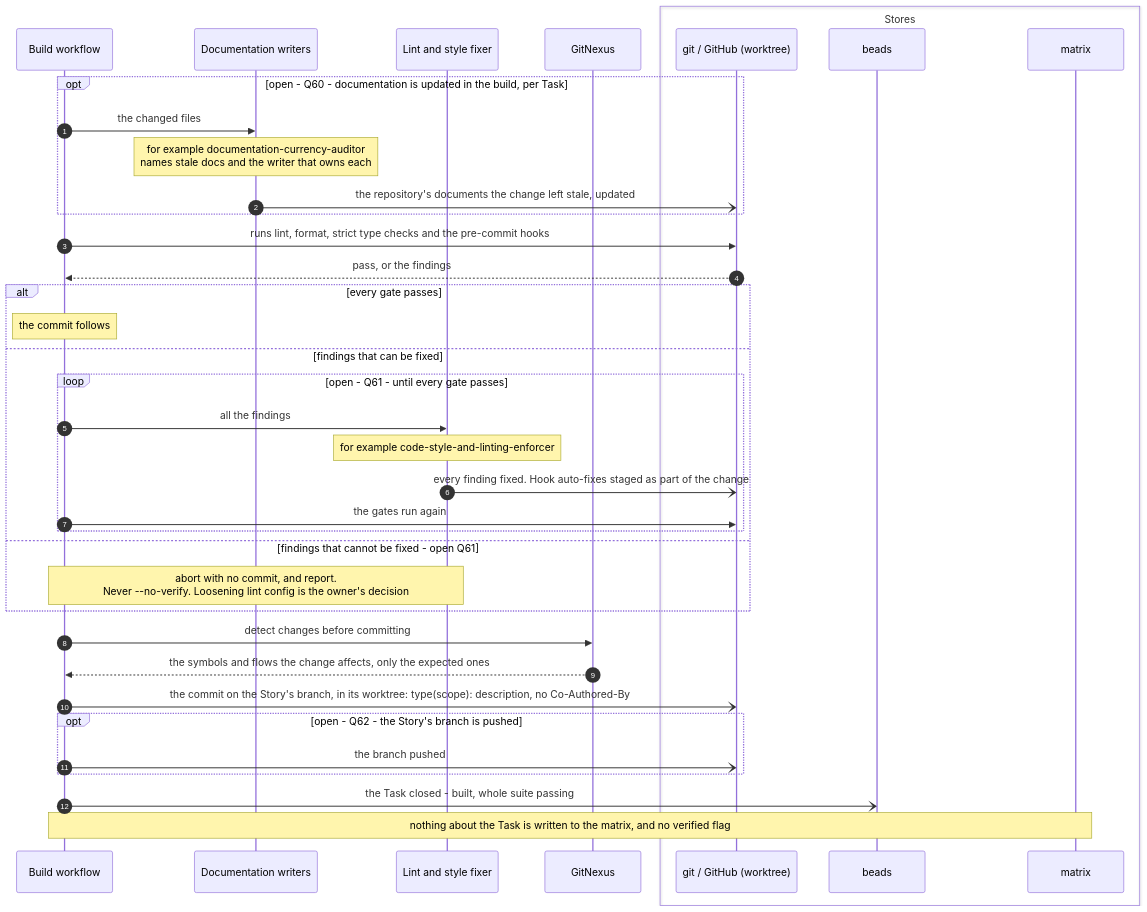
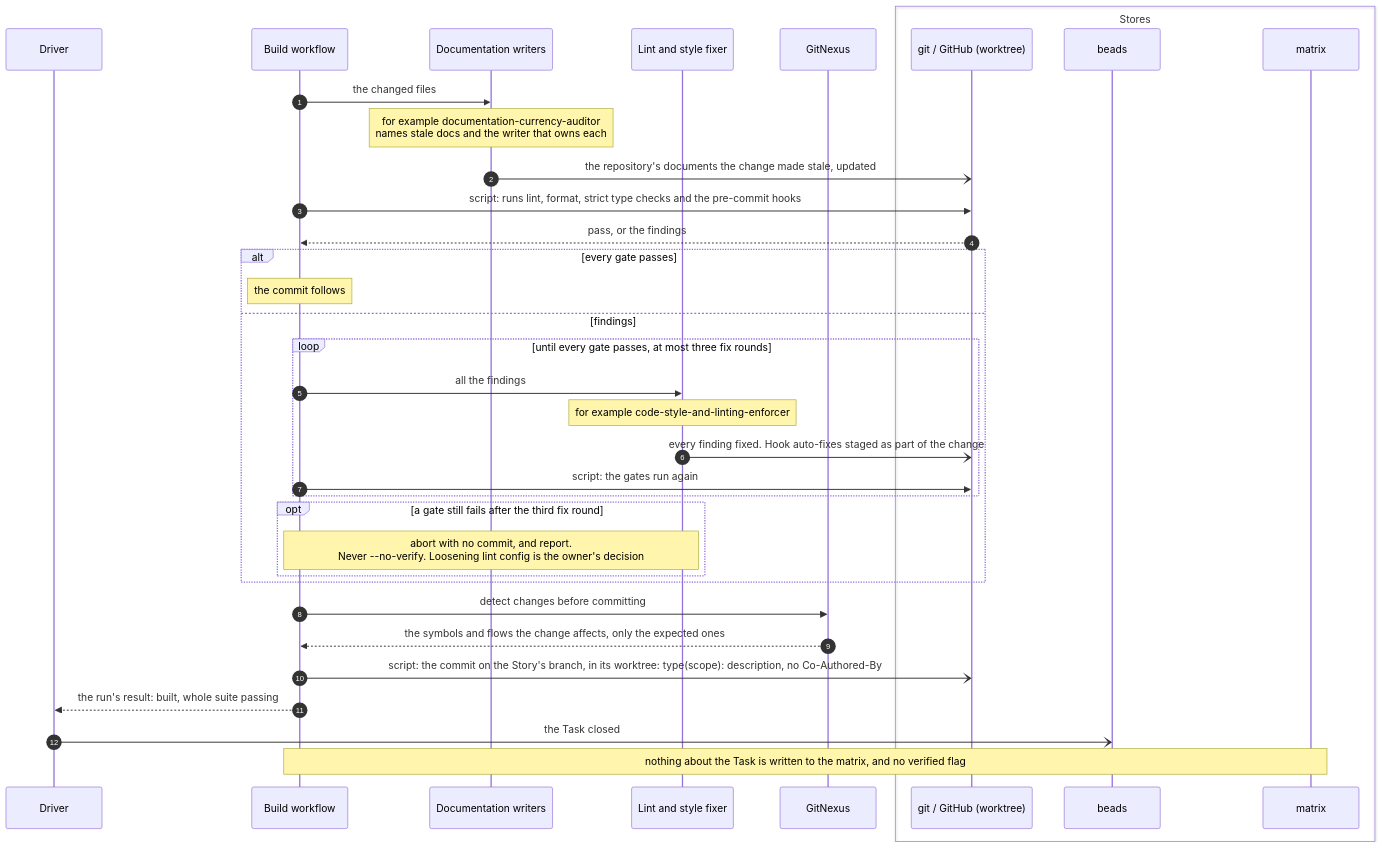
Before and after one commit to mark-satterfield/toolset: the seventh of 8 diagrams in plugins/agent-teams-workforce/blueprint/design/pipelines-build.md, drawn with Mermaid. The commit also changed other lines of this file, not shown here.

First line of the commit message:
docs(blueprint): pipelines-build draws the decided build steps

````diff
--- a/plugins/agent-teams-workforce/blueprint/design/pipelines-build.md
+++ b/plugins/agent-teams-workforce/blueprint/design/pipelines-build.md
@@ -480,41 +514,39 @@
 ```mermaid
 sequenceDiagram
     autonumber
+    participant DR as Driver
     participant WF as Build workflow
     participant DW as Documentation writers
     participant LF as Lint and style fixer
     participant GN as GitNexus
     box Stores
         participant G as git / GitHub (worktree)
         participant BD as beads
         participant MX as matrix
     end
 
-    opt open - Q60 - documentation is updated in the build, per Task
-        WF->>DW: the changed files
-        Note over DW: for example documentation-currency-auditor<br/>names stale docs and the writer that owns each
-        DW-)G: the repository's documents the change left stale, updated
-    end
-    WF->>G: runs lint, format, strict type checks and the pre-commit hooks
+    WF->>DW: the changed files
+    Note over DW: for example documentation-currency-auditor<br/>names stale docs and the writer that owns each
+    DW-)G: the repository's documents the change made stale, updated
+    WF->>G: script: runs lint, format, strict type checks and the pre-commit hooks
     G-->>WF: pass, or the findings
     alt every gate passes
         Note over WF: the commit follows
-    else findings that can be fixed
-        loop open - Q61 - until every gate passes
+    else findings
+        loop until every gate passes, at most three fix rounds
             WF->>LF: all the findings
             Note over LF: for example code-style-and-linting-enforcer
             LF-)G: every finding fixed. Hook auto-fixes staged as part of the change
-            WF->>G: the gates run again
+            WF->>G: script: the gates run again
         end
-    else findings that cannot be fixed - open Q61
-        Note over WF,LF: abort with no commit, and report.<br/>Never --no-verify. Loosening lint config is the owner's decision
+        opt a gate still fails after the third fix round
+            Note over WF,LF: abort with no commit, and report.<br/>Never --no-verify. Loosening lint config is the owner's decision
+        end
     end
     WF->>GN: detect changes before committing
     GN-->>WF: the symbols and flows the change affects, only the expected ones
-    WF-)G: the commit on the Story's branch, in its worktree: type(scope): description, no Co-Authored-By
-    opt open - Q62 - the Story's branch is pushed
-        WF-)G: the branch pushed
-    end
-    WF-)BD: the Task closed - built, whole suite passing
+    WF-)G: script: the commit on the Story's branch, in its worktree: type(scope): description, no Co-Authored-By
+    WF-->>DR: the run's result: built, whole suite passing
+    DR-)BD: the Task closed
     Note over WF,MX: nothing about the Task is written to the matrix, and no verified flag
 ```
````
